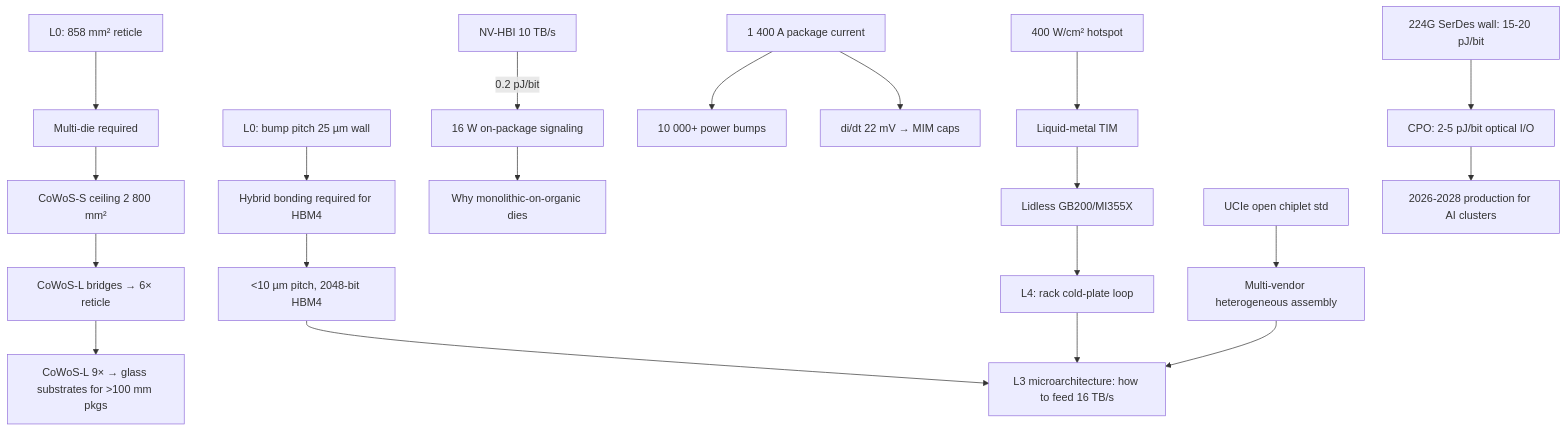
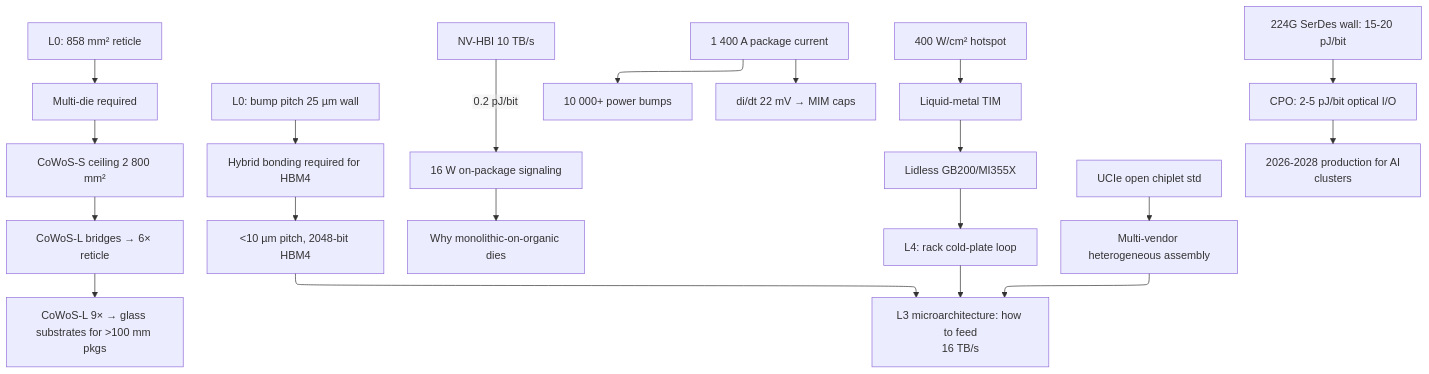
One commit to Wty2003328/ai_infra_intro changed the sixth of 6 diagrams in ai_infra/L1_Packaging_and_Memory/Advanced_Packaging.md. Above: the diagram before and after it, drawn with Mermaid. The commit also changed other lines of this file and 108 other files, not shown here.

````diff
--- a/ai_infra/L1_Packaging_and_Memory/Advanced_Packaging.md
+++ b/ai_infra/L1_Packaging_and_Memory/Advanced_Packaging.md
@@ -635,28 +653,29 @@
 ```mermaid
+%%{init: {"flowchart": {"defaultRenderer": "elk", "nodeSpacing": 60, "rankSpacing": 60, "htmlLabels": false}}}%%
 flowchart TD
     A[L0: 858 mm² reticle] --> B[Multi-die required]
     B --> C[CoWoS-S ceiling 2 800 mm²]
     C --> D[CoWoS-L bridges → 6× reticle]
     D --> D2[CoWoS-L 9× → glass substrates for >100 mm pkgs]
 
     E[L0: bump pitch 25 µm wall] --> F[Hybrid bonding required for HBM4]
     F --> G[<10 µm pitch, 2048-bit HBM4]
 
     H[NV-HBI 10 TB/s] -->|0.2 pJ/bit| I[16 W on-package signaling]
     I --> J[Why monolithic-on-organic dies]
 
     K[1 400 A package current] --> L[10 000+ power bumps]
     K --> M[di/dt 22 mV → MIM caps]
 
     N[400 W/cm² hotspot] --> O[Liquid-metal TIM]
     O --> P[Lidless GB200/MI355X]
     P --> Q[L4: rack cold-plate loop]
 
     U[UCIe open chiplet std] --> V[Multi-vendor heterogeneous assembly]
     W[224G SerDes wall: 15-20 pJ/bit] --> X[CPO: 2-5 pJ/bit optical I/O]
-    X --> Y[2026-2028 production for AI clusters]
+    X --> Y[2026-2028 production for AI<br/>clusters]
 
-    G --> R[L3 microarchitecture: how to feed 16 TB/s]
+    G --> R[L3 microarchitecture: how to feed<br/>16 TB/s]
     Q --> R
     V --> R
 ```
````
